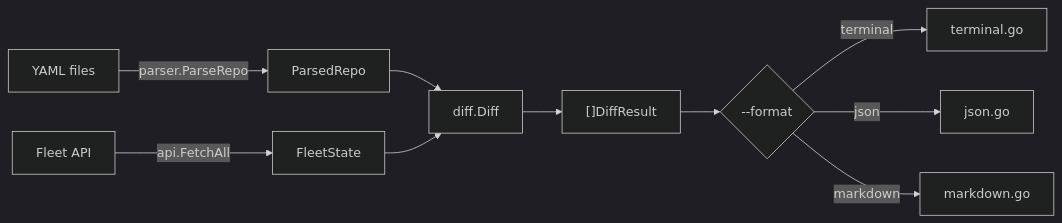
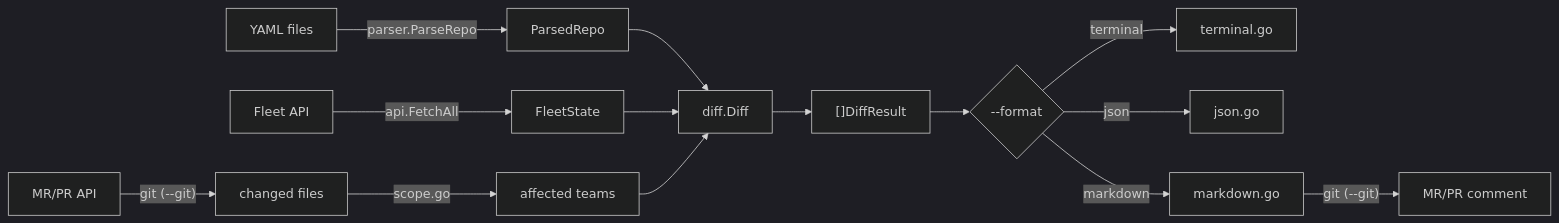
Before and after one commit to TsekNet/fleet-plan: the diagram in docs/Architecture.md, drawn with Mermaid (dark theme). The commit also changed other lines of this file and 4 other files, not shown here.

````diff
--- a/docs/Architecture.md
+++ b/docs/Architecture.md
@@ -33,12 +36,16 @@
 ```mermaid
 flowchart LR
     A[YAML files] -->|parser.ParseRepo| B[ParsedRepo]
     C[Fleet API] -->|api.FetchAll| D[FleetState]
     B --> E[diff.Diff]
     D --> E
     E --> F["[]DiffResult"]
     F --> G{--format}
     G -->|terminal| H[terminal.go]
     G -->|json| I[json.go]
     G -->|markdown| J[markdown.go]
+    K[MR/PR API] -->|"git (--git)"| L[changed files]
+    L -->|scope.go| M[affected teams]
+    M --> E
+    J -->|"git (--git)"| N[MR/PR comment]
 ```
````
